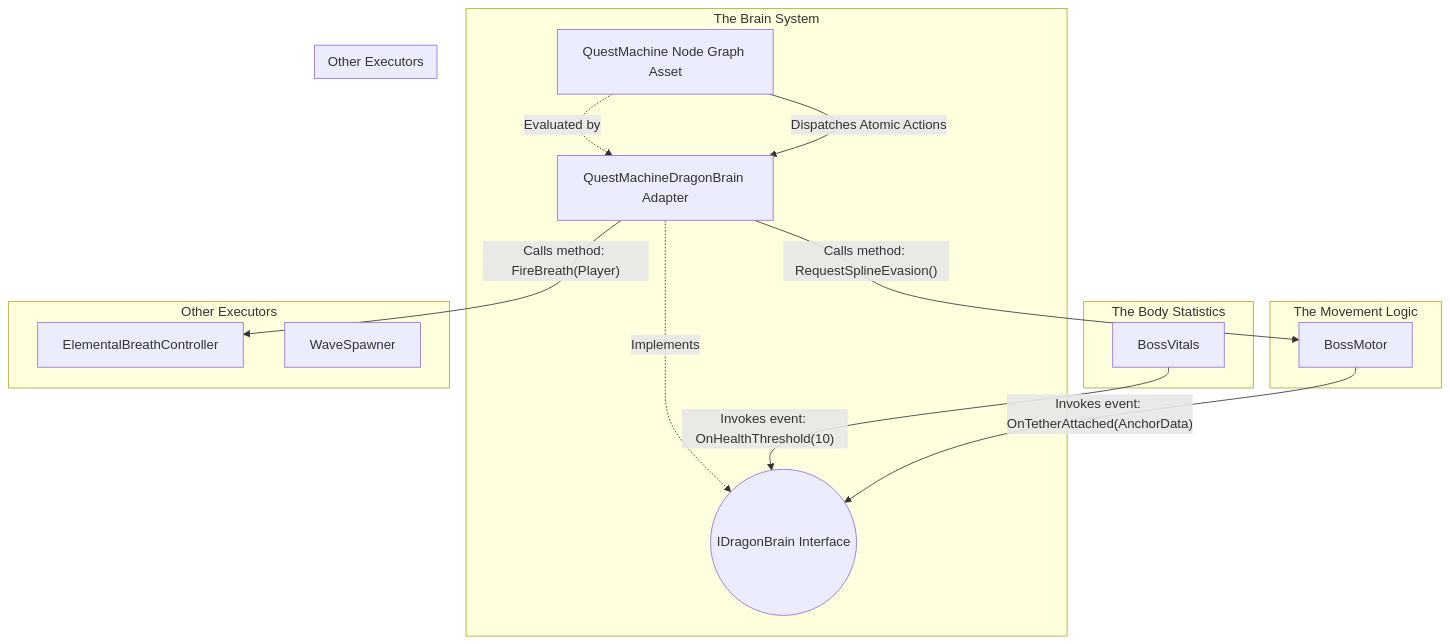
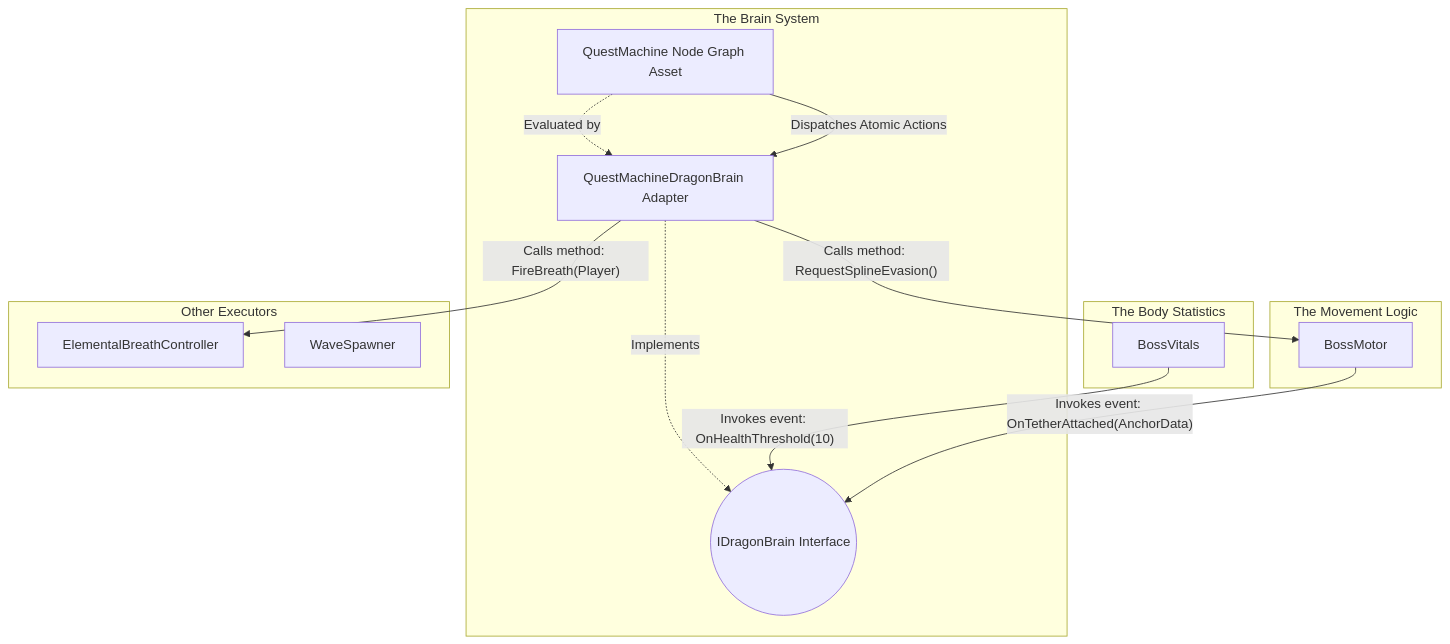
The third of 5 diagrams in Quest_Machine_Dragon_Brain_Docs.md (NatalieC001/dragonDump), drawn with Mermaid before and after one commit. The commit also changed other lines of this file and 1 other file, not shown here.

Commit message:
Add documentation for Quest Machine and Dragon Brain architecture

````diff
--- a/Quest_Machine_Dragon_Brain_Docs.md
+++ b/Quest_Machine_Dragon_Brain_Docs.md
@@ -118,35 +118,30 @@
 ```mermaid
 graph TD
     subgraph The Body Statistics
         BV[BossVitals]
     end
 
     subgraph The Brain System
         IDB((IDragonBrain Interface))
         QMB[QuestMachineDragonBrain Adapter] -.->|Implements| IDB
         QMN[QuestMachine Node Graph Asset] -.->|Evaluated by| QMB
     end
 
     subgraph The Movement Logic
         ABM[BossMotor]
-    end
-    
-    subgraph Other Executors
-        EBC[ElementalBreathController]
-        SPW[WaveSpawner]
     end
 
     subgraph Other Executors
         EBC[ElementalBreathController]
         SPW[WaveSpawner]
     end
 
     %% Sensor Reporting
     BV -- Invokes event: OnHealthThreshold(10) --> IDB
     ABM -- Invokes event: OnTetherAttached(AnchorData) --> IDB
 
     %% Brain Orchestration Commands
     QMN -- Dispatches Atomic Actions --> QMB
     QMB -- Calls method: RequestSplineEvasion() --> ABM
     QMB -- Calls method: FireBreath(Player) --> EBC
 ```
````
